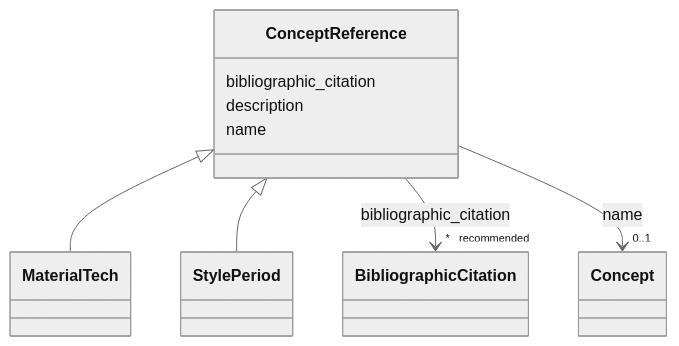
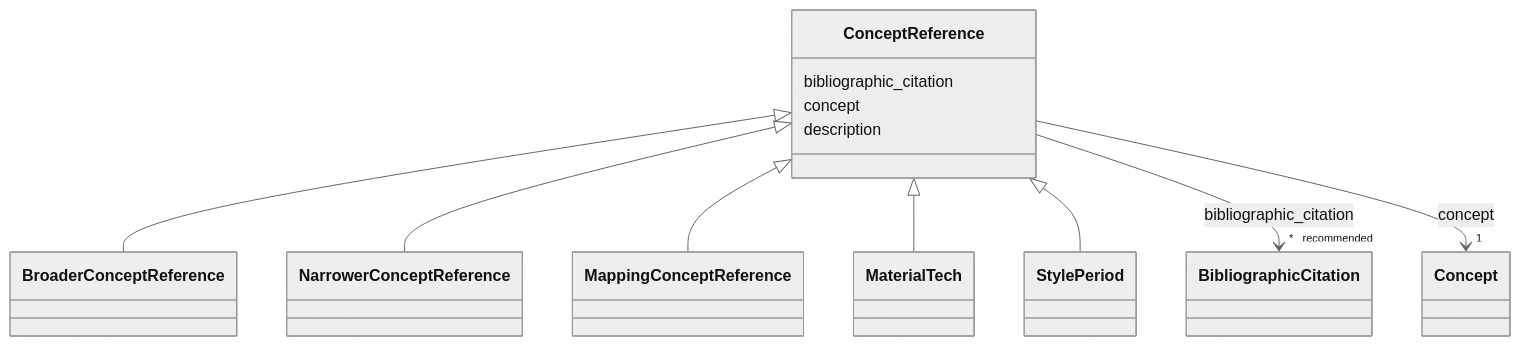
The diagram in docs/ConceptReference.md (arqtrad/schema), drawn with Mermaid (neutral theme) before and after one commit. The commit also changed other lines of this file and 215 other files, not shown here.

````diff
--- a/docs/ConceptReference.md
+++ b/docs/ConceptReference.md
@@ -23,35 +23,41 @@
 ```mermaid
  classDiagram
     class ConceptReference
     click ConceptReference href "../ConceptReference/"
+      ConceptReference <|-- BroaderConceptReference
+        click BroaderConceptReference href "../BroaderConceptReference/"
+      ConceptReference <|-- NarrowerConceptReference
+        click NarrowerConceptReference href "../NarrowerConceptReference/"
+      ConceptReference <|-- MappingConceptReference
+        click MappingConceptReference href "../MappingConceptReference/"
       ConceptReference <|-- MaterialTech
         click MaterialTech href "../MaterialTech/"
       ConceptReference <|-- StylePeriod
         click StylePeriod href "../StylePeriod/"
-
+      
       ConceptReference : bibliographic_citation
-
-
-
-
-
+        
+          
+    
+        
+        
         ConceptReference --> "* _recommended_" BibliographicCitation : bibliographic_citation
         click BibliographicCitation href "../BibliographicCitation/"
+    
 
+        
+      ConceptReference : concept
+        
+          
+    
+        
+        
+        ConceptReference --> "1" Concept : concept
+        click Concept href "../Concept/"
+    
 
-
+        
       ConceptReference : description
-
-      ConceptReference : name
-
-
-
-
-
-        ConceptReference --> "0..1" Concept : name
-        click Concept href "../Concept/"
-
-
-
-
+        
+      
 ```
````
